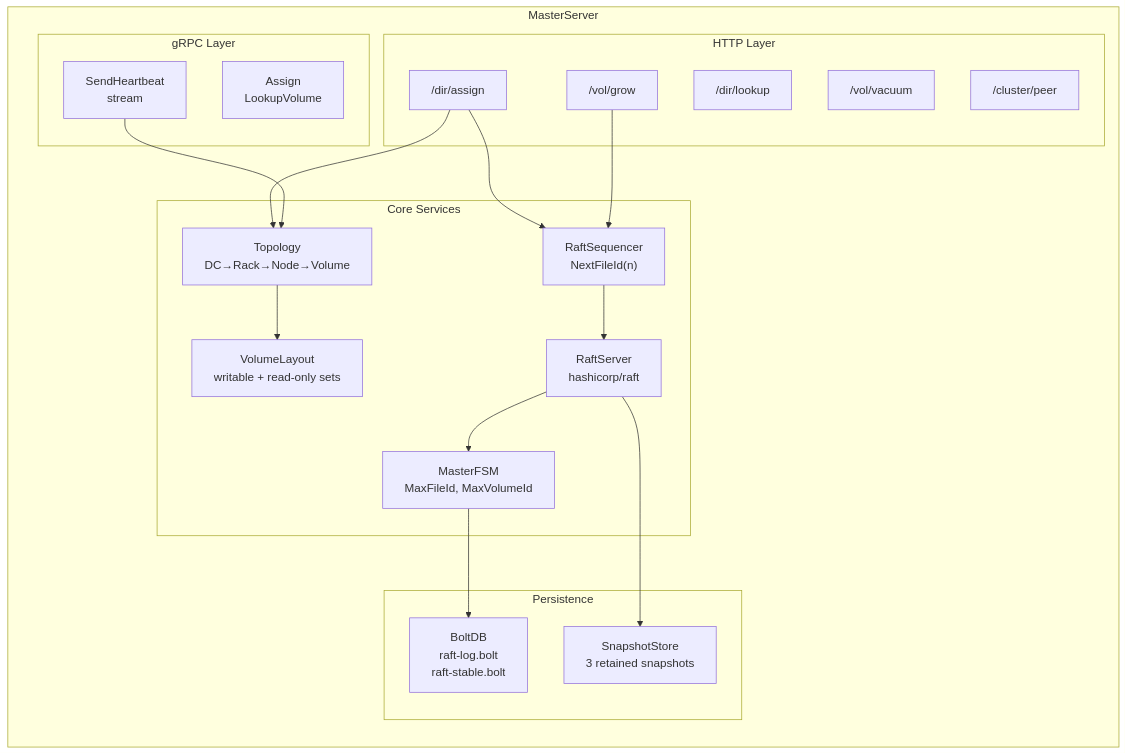
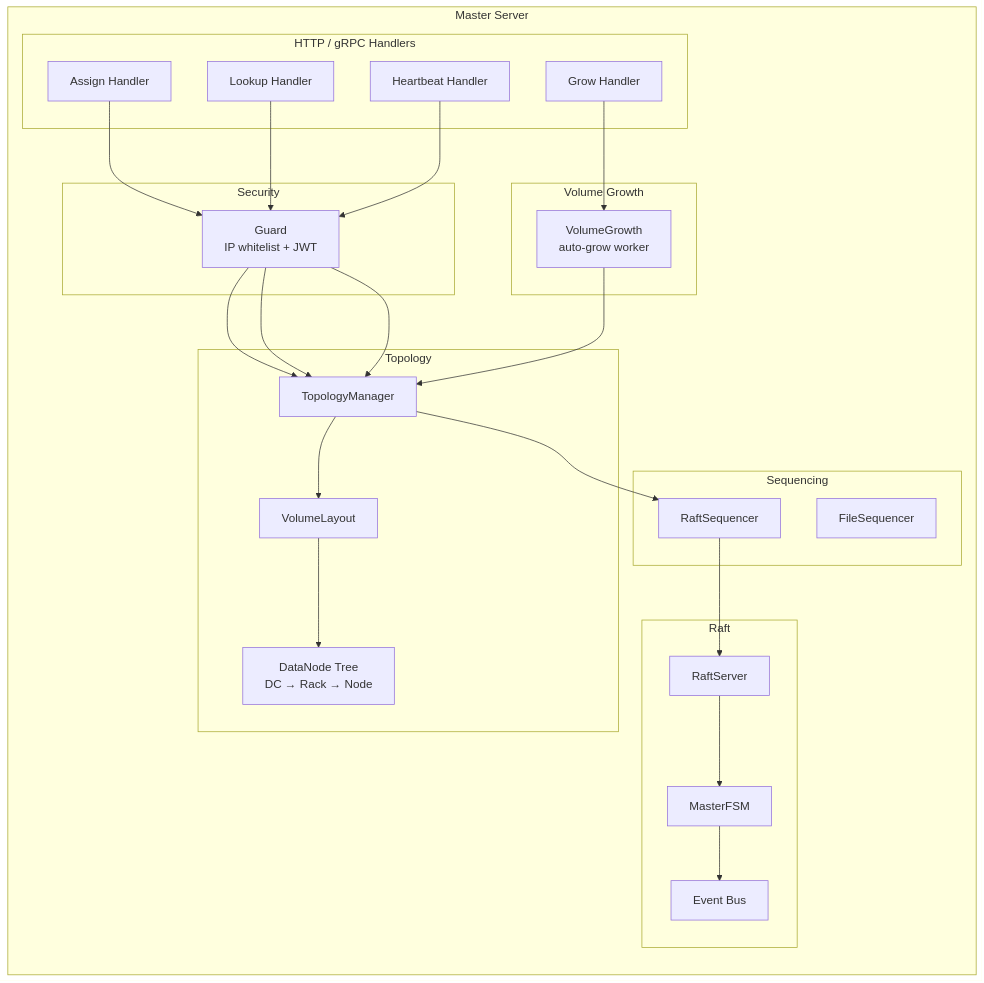
One commit to Khanh-21522203/GoBlob changed the third of 15 diagrams in design/diagrams.md. Above: the diagram before and after it, drawn with Mermaid. The commit also changed other lines of this file, not shown here.

Commit message:
dia: diagram knowledge

````diff
--- a/design/diagrams.md
+++ b/design/diagrams.md
@@ -72,37 +91,48 @@
 ```mermaid
 flowchart TB
-    subgraph master[MasterServer]
+    subgraph master[Master Server]
         direction TB
-        subgraph http[HTTP Layer]
-            HA["/dir/assign"]
-            HL["/dir/lookup"]
-            HG["/vol/grow"]
-            HV["/vol/vacuum"]
-            HP["/cluster/peer"]
+
+        subgraph http[HTTP / gRPC Handlers]
+            AH[Assign Handler]
+            LH[Lookup Handler]
+            HH[Heartbeat Handler]
+            GH[Grow Handler]
         end
-        subgraph grpc[gRPC Layer]
-            GHB["SendHeartbeat\nstream"]
-            GAP["Assign\nLookupVolume"]
+
+        subgraph topo[Topology]
+            TM[TopologyManager]
+            VL[VolumeLayout]
+            DN[DataNode Tree\nDC → Rack → Node]
         end
-        subgraph core[Core Services]
-            SEQ["RaftSequencer\nNextFileId(n)"]
-            TOPO["Topology\nDC→Rack→Node→Volume"]
-            VL["VolumeLayout\nwritable + read-only sets"]
-            RAFT["RaftServer\nhashicorp/raft"]
-            FSM["MasterFSM\nMaxFileId, MaxVolumeId"]
+
+        subgraph growth[Volume Growth]
+            VG[VolumeGrowth\nauto-grow worker]
         end
-        subgraph store[Persistence]
-            BOLT["BoltDB\nraft-log.bolt\nraft-stable.bolt"]
-            SNAP["SnapshotStore\n3 retained snapshots"]
+
+        subgraph seq[Sequencing]
+            RS[RaftSequencer]
+            FS[FileSequencer]
+        end
+
+        subgraph consensus[Raft]
+            RF[RaftServer]
+            FSM[MasterFSM]
+            EB[Event Bus]
+        end
+
+        subgraph guard[Security]
+            GD[Guard\nIP whitelist + JWT]
         end
     end
 
-    HA & HG --> SEQ
-    HA --> TOPO
-    GHB --> TOPO
-    TOPO --> VL
-    SEQ --> RAFT
-    RAFT --> FSM
-    FSM --> BOLT
-    RAFT --> SNAP
+    AH --> GD --> TM
+    LH --> GD --> TM
+    HH --> GD --> TM
+    GH --> VG
+
+    TM --> VL --> DN
+    TM --> RS --> RF --> FSM
+    FSM --> EB
+    VG --> TM
 ```
````
